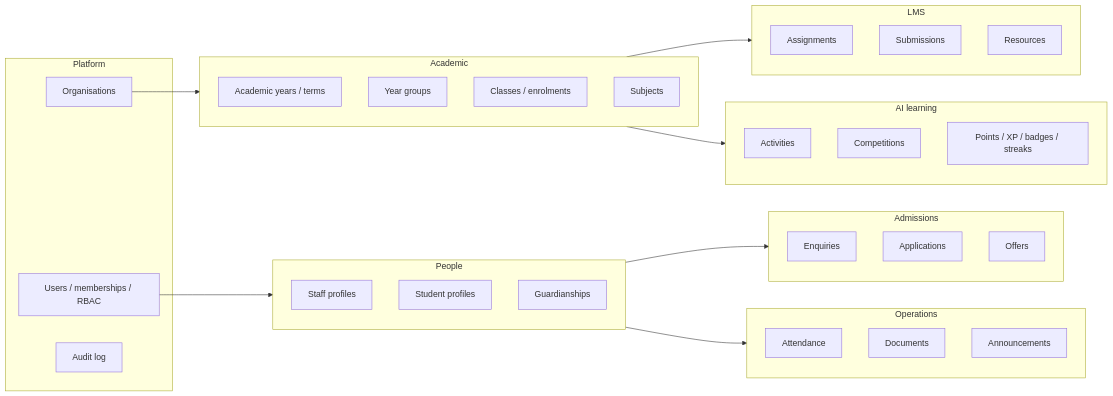
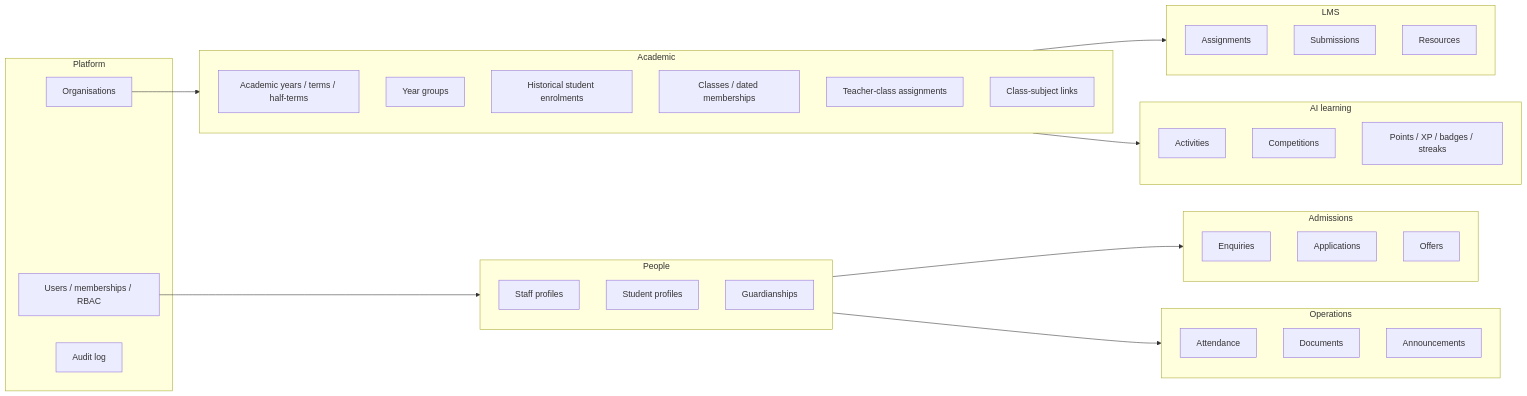
Before and after one commit to shahidrasool85/Schoolapp: the third of 3 diagrams in docs/ARCHITECTURE.md, drawn with Mermaid. The commit also changed other lines of this file and 20 other files, not shown here.

First line of the commit message:
Amend architecture: RLS, academic history, audit, and storage.

````diff
--- a/docs/ARCHITECTURE.md
+++ b/docs/ARCHITECTURE.md
@@ -373,52 +393,54 @@
 ```mermaid
 flowchart LR
   subgraph platform [Platform]
     Orgs[Organisations]
     Ident[Users / memberships / RBAC]
     Audit[Audit log]
   end
 
   subgraph people [People]
     Staff[Staff profiles]
     Students[Student profiles]
     Guard[Guardianships]
   end
 
   subgraph academic [Academic]
-    Years[Academic years / terms]
+    Years[Academic years / terms / half-terms]
     YG[Year groups]
-    Classes[Classes / enrolments]
-    Subjects[Subjects]
+    Enroll[Historical student enrolments]
+    Classes[Classes / dated memberships]
+    Teach[Teacher-class assignments]
+    Subj[Class-subject links]
   end
 
   subgraph admissions [Admissions]
     Enq[Enquiries]
     Apps[Applications]
     Offers[Offers]
   end
 
   subgraph ops [Operations]
     Att[Attendance]
     Docs[Documents]
     Ann[Announcements]
   end
 
   subgraph lms [LMS]
     Hw[Assignments]
     Sub[Submissions]
     Res[Resources]
   end
 
   subgraph learning [AI learning]
     Act[Activities]
     Comp[Competitions]
     Game[Points / XP / badges / streaks]
   end
 
   Ident --> people
   Orgs --> academic
   people --> admissions
   people --> ops
   academic --> lms
   academic --> learning
 ```
````
